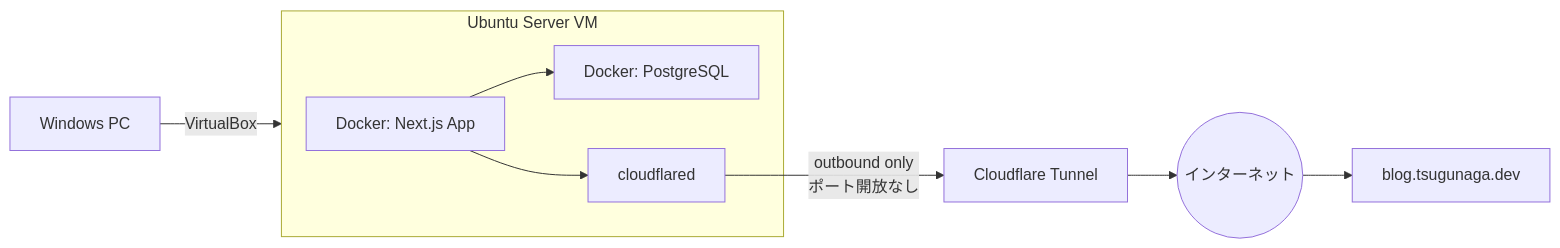
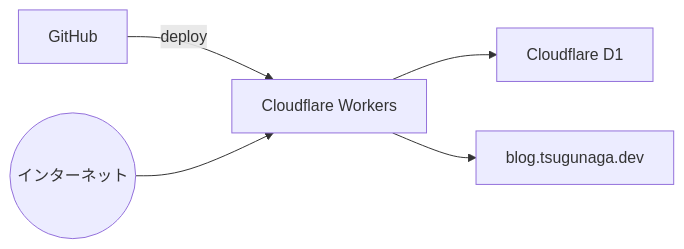
One commit to tsugunaga-46/my-blog changed the diagram in README.md. Above: the diagram before and after it, drawn with Mermaid. The commit also changed other lines of this file and 21 other files, not shown here.

Commit message:
Migrate blog to Cloudflare Workers and D1

````diff
--- a/README.md
+++ b/README.md
@@ -11,14 +11,7 @@
 ```mermaid
 flowchart LR
-    A[Windows PC] -->|VirtualBox| B[Ubuntu Server VM]
-    subgraph B[Ubuntu Server VM]
-        C[Docker: Next.js App]
-        D[Docker: PostgreSQL]
-        E[cloudflared]
-        C --> D
-        C --> E
-    end
-    E -->|outbound only\nポート開放なし| F[Cloudflare Tunnel]
-    F --> G((インターネット))
-    G --> H[blog.tsugunaga.dev]
+    A[GitHub] -->|deploy| B[Cloudflare Workers]
+    B --> C[Cloudflare D1]
+    D((インターネット)) --> B
+    B --> E[blog.tsugunaga.dev]
 ```
````
